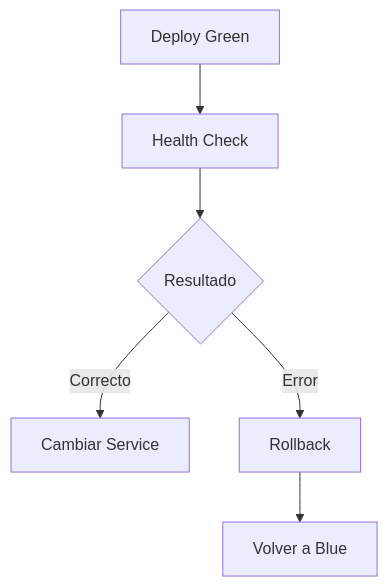
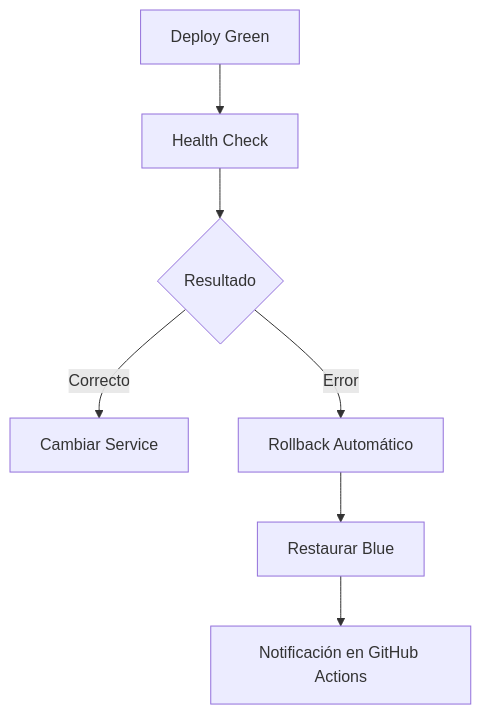
The second of 2 diagrams in README.md (ValentinaAstudillo/SDLC003D-SharedClient-ValentinaAstudillo), drawn with Mermaid before and after one commit. The commit also changed other lines of this file, not shown here.

````diff
--- a/README.md
+++ b/README.md
@@ -242,15 +247,17 @@
 ```mermaid
 flowchart TD
 
 A[Deploy Green]
 
 A --> B[Health Check]
 
 B --> C{Resultado}
 
 C -->|Correcto| D[Cambiar Service]
 
-C -->|Error| E[Rollback]
+C -->|Error| E[Rollback Automático]
 
-E --> F[Volver a Blue]
+E --> F[Restaurar Blue]
+
+F --> G[Notificación en GitHub Actions]
 ```
````
